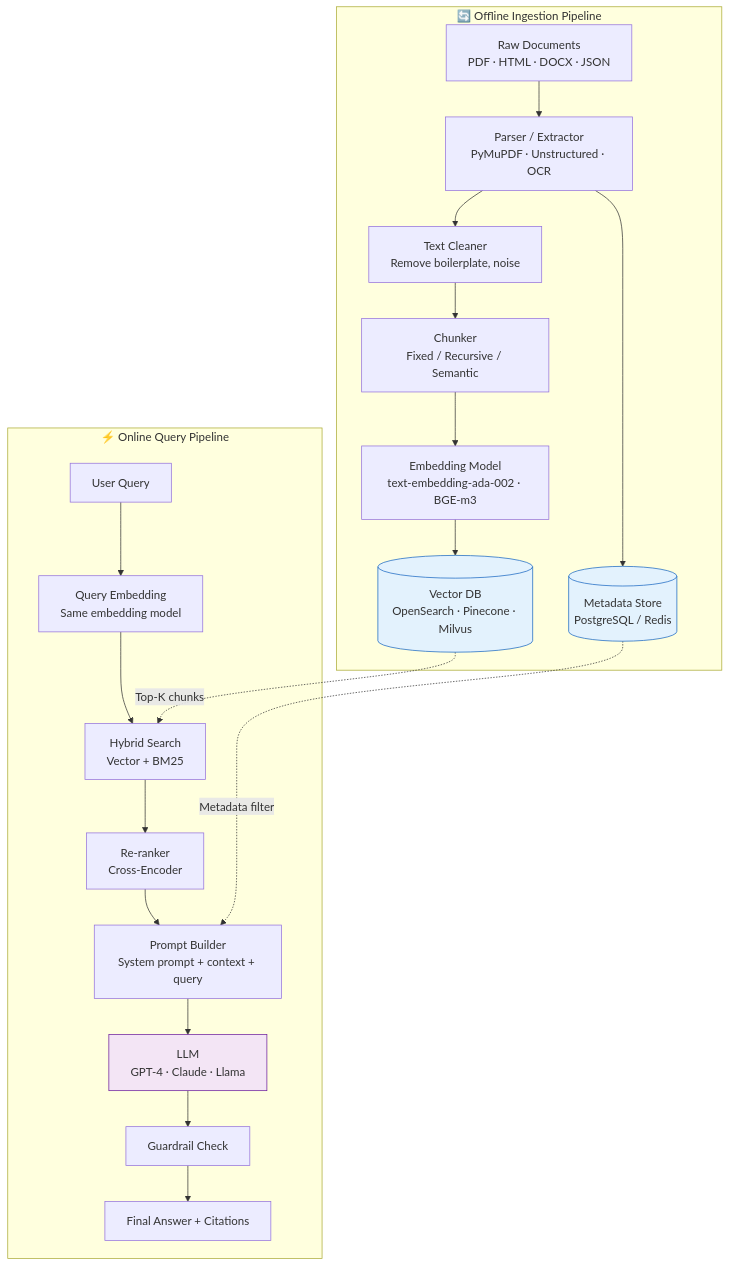
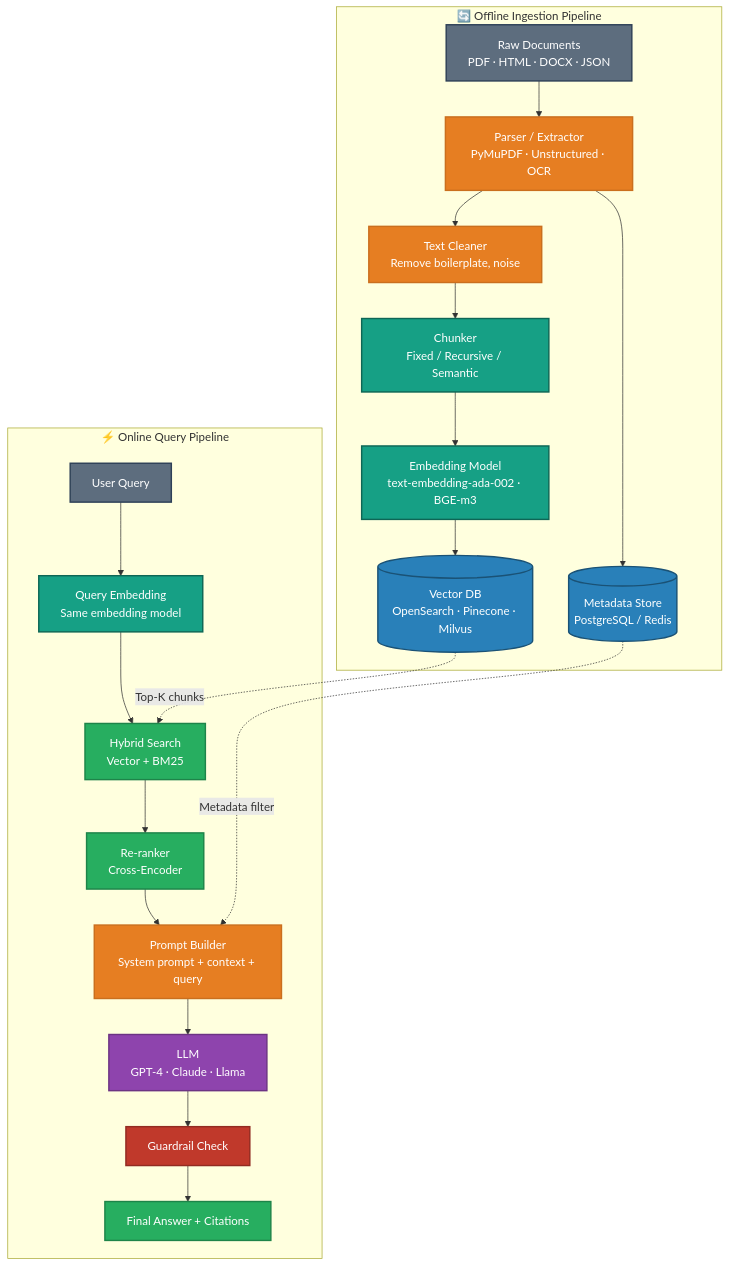
One commit to GyanendraChaubey/AI-Engineering-Notes changed the first of 24 diagrams in docs/17-interview-questions/topic_deep_dive_rag.md. Above: the diagram before and after it, drawn with Mermaid. The commit also changed other lines of this file and 74 other files, not shown here.

First line of the commit message:
refactor: split company_wise_interviews.md into 72 individual interview files + fix mermaid colors

````diff
--- a/docs/17-interview-questions/topic_deep_dive_rag.md
+++ b/docs/17-interview-questions/topic_deep_dive_rag.md
@@ -43,28 +43,39 @@
 ```mermaid
 graph TD
     subgraph OFFLINE["🔄 Offline Ingestion Pipeline"]
         A[Raw Documents\nPDF · HTML · DOCX · JSON] --> B[Parser / Extractor\nPyMuPDF · Unstructured · OCR]
         B --> C[Text Cleaner\nRemove boilerplate, noise]
         C --> D[Chunker\nFixed / Recursive / Semantic]
         D --> E[Embedding Model\ntext-embedding-ada-002 · BGE-m3]
         E --> F[(Vector DB\nOpenSearch · Pinecone · Milvus)]
         B --> G[(Metadata Store\nPostgreSQL / Redis)]
     end
 
     subgraph ONLINE["⚡ Online Query Pipeline"]
         H[User Query] --> I[Query Embedding\nSame embedding model]
         I --> J[Hybrid Search\nVector + BM25]
         F -.->|Top-K chunks| J
         J --> K[Re-ranker\nCross-Encoder]
         K --> L[Prompt Builder\nSystem prompt + context + query]
         G -.->|Metadata filter| L
         L --> M[LLM\nGPT-4 · Claude · Llama]
         M --> N[Guardrail Check]
         N --> O[Final Answer + Citations]
     end
 
-    classDef store fill:#e3f2fd,stroke:#1565c0
-    classDef llm fill:#f3e5f5,stroke:#6a1b9a
-    class F,G store
-    class M llm
+    style F fill:#2980B9,stroke:#1A5276,stroke-width:2px,color:#FFFFFF
+    style G fill:#2980B9,stroke:#1A5276,stroke-width:2px,color:#FFFFFF
+    style M fill:#8E44AD,stroke:#6C3483,stroke-width:2px,color:#FFFFFF
+    style A fill:#5D6D7E,stroke:#2E4057,stroke-width:2px,color:#FFFFFF
+    style B fill:#E67E22,stroke:#CA6F1E,stroke-width:2px,color:#FFFFFF
+    style C fill:#E67E22,stroke:#CA6F1E,stroke-width:2px,color:#FFFFFF
+    style D fill:#16A085,stroke:#0E6655,stroke-width:2px,color:#FFFFFF
+    style E fill:#16A085,stroke:#0E6655,stroke-width:2px,color:#FFFFFF
+    style H fill:#5D6D7E,stroke:#2E4057,stroke-width:2px,color:#FFFFFF
+    style I fill:#16A085,stroke:#0E6655,stroke-width:2px,color:#FFFFFF
+    style J fill:#27AE60,stroke:#1E8449,stroke-width:2px,color:#FFFFFF
+    style K fill:#27AE60,stroke:#1E8449,stroke-width:2px,color:#FFFFFF
+    style L fill:#E67E22,stroke:#CA6F1E,stroke-width:2px,color:#FFFFFF
+    style N fill:#C0392B,stroke:#922B21,stroke-width:2px,color:#FFFFFF
+    style O fill:#27AE60,stroke:#1E8449,stroke-width:2px,color:#FFFFFF
 ```
````
